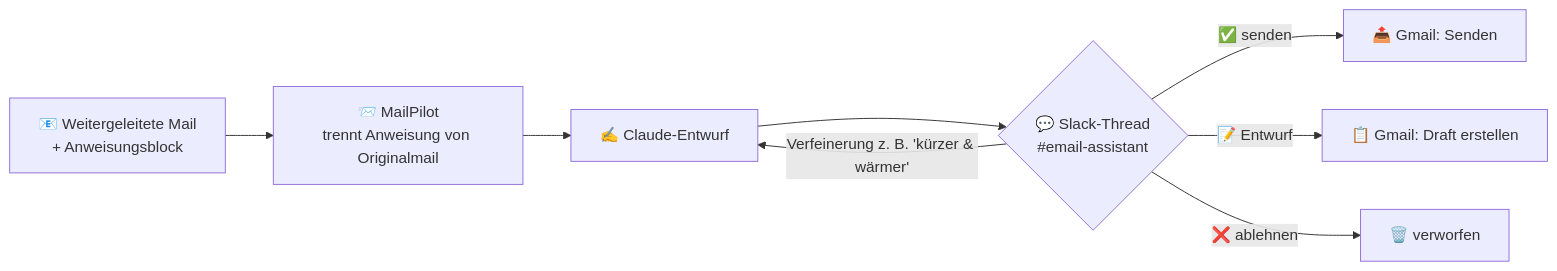
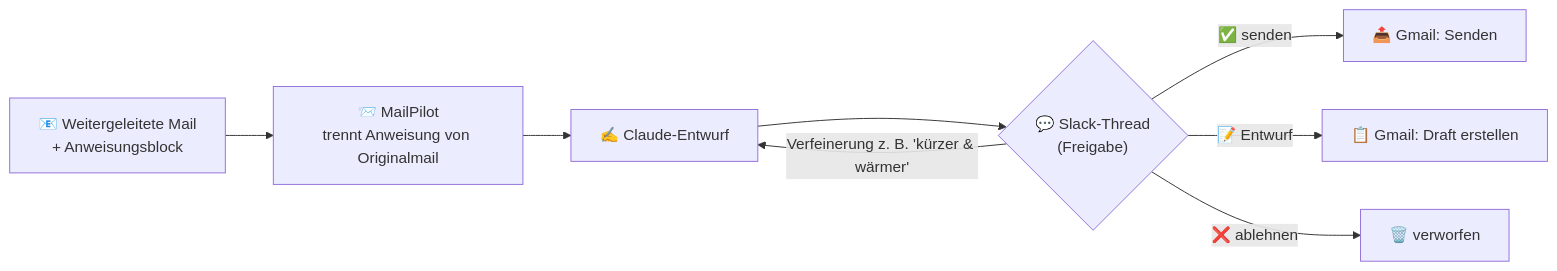
The second of 3 diagrams in README.md (flodido/BrainVault), drawn with Mermaid before and after one commit. The commit also changed other lines of this file and 1 other file, not shown here.

First line of the commit message:
README/LOG: Slack-Kanäle korrigieren und interne Details entfernen

````diff
--- a/README.md
+++ b/README.md
@@ -296,10 +266,10 @@
 ```mermaid
 flowchart LR
     A["📧 Weitergeleitete Mail<br/>+ Anweisungsblock"] --> B["📨 MailPilot<br/>trennt Anweisung von Originalmail"]
     B --> C["✍️ Claude-Entwurf"]
-    C --> D{"💬 Slack-Thread<br/>#email-assistant"}
+    C --> D{"💬 Slack-Thread<br/>(Freigabe)"}
     D -- "✅ senden" --> E["📤 Gmail: Senden"]
     D -- "📝 Entwurf" --> F["📋 Gmail: Draft erstellen"]
     D -- "Verfeinerung z. B. 'kürzer & wärmer'" --> C
     D -- "❌ ablehnen" --> G["🗑️ verworfen"]
 ```
````
